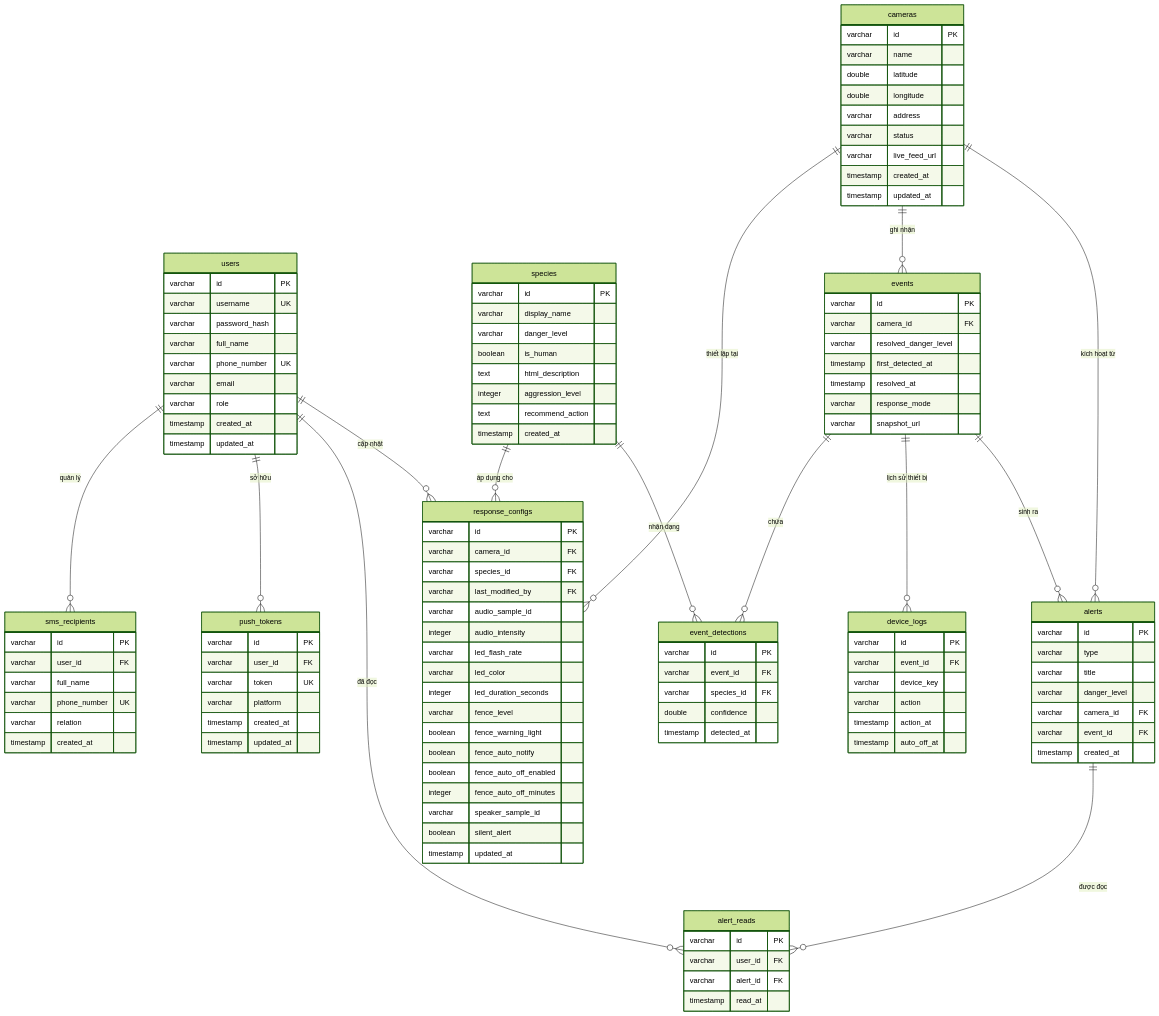
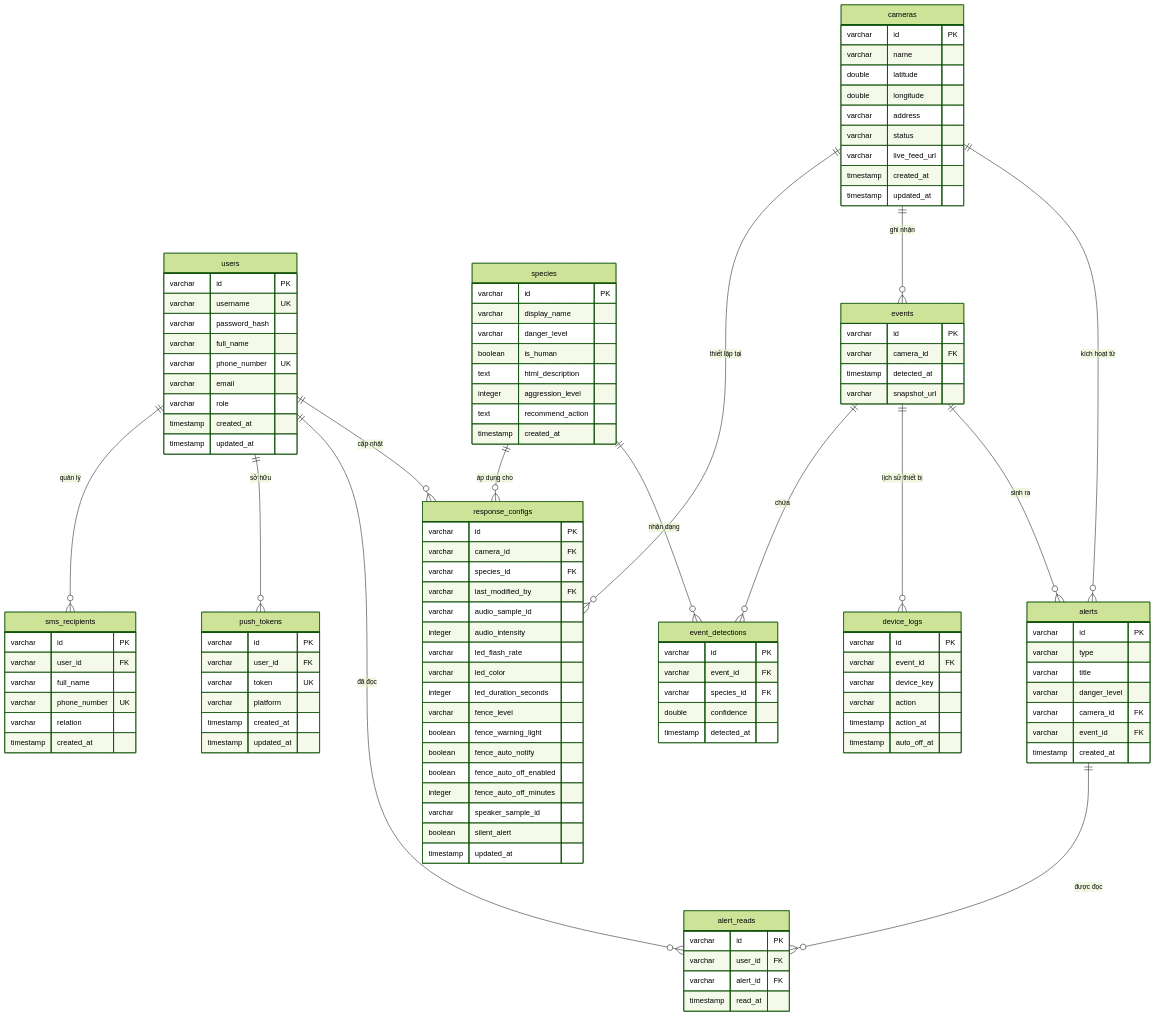
Before and after one commit to trungnguyenthien/Wildlife-Warning-and-Deterrence-System: the diagram in docs/05-database.md, drawn with Mermaid (forest theme). The commit also changed other lines of this file and 2 other files, not shown here.

Commit message:
docs: update sequence diagrams, database schema, and mobile API documentation

```diff
--- a/docs/05-database.md
+++ b/docs/05-database.md
@@ -80,10 +80,7 @@
     events {
         varchar id PK
         varchar camera_id FK
-        varchar resolved_danger_level
-        timestamp first_detected_at
-        timestamp resolved_at
-        varchar response_mode
+        timestamp detected_at
         varchar snapshot_url
     }
     event_detections {
```
